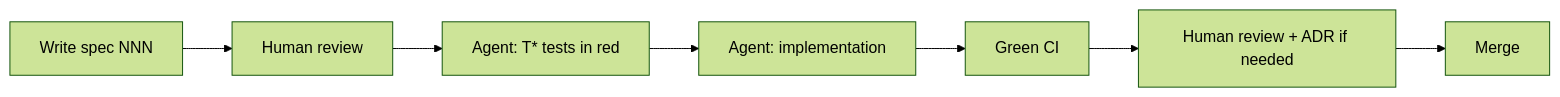
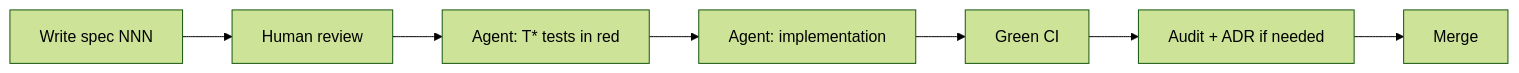
Before and after one commit to maarcv/privatechat: the fourth of 4 diagrams in docs/spec.md, drawn with Mermaid (forest theme). The commit also changed other lines of this file and 4 other files, not shown here.

First line of the commit message:
chore: the audit replaces the review before merge until the release

````diff
--- a/docs/spec.md
+++ b/docs/spec.md
@@ -651,9 +651,9 @@
 ```mermaid
 flowchart LR
     A[Write spec NNN] --> B[Human review]
     B --> C[Agent: T* tests in red]
     C --> D[Agent: implementation]
     D --> E[Green CI]
-    E --> F[Human review + ADR if needed]
+    E --> F[Audit + ADR if needed]
     F --> G[Merge]
 ```
````
